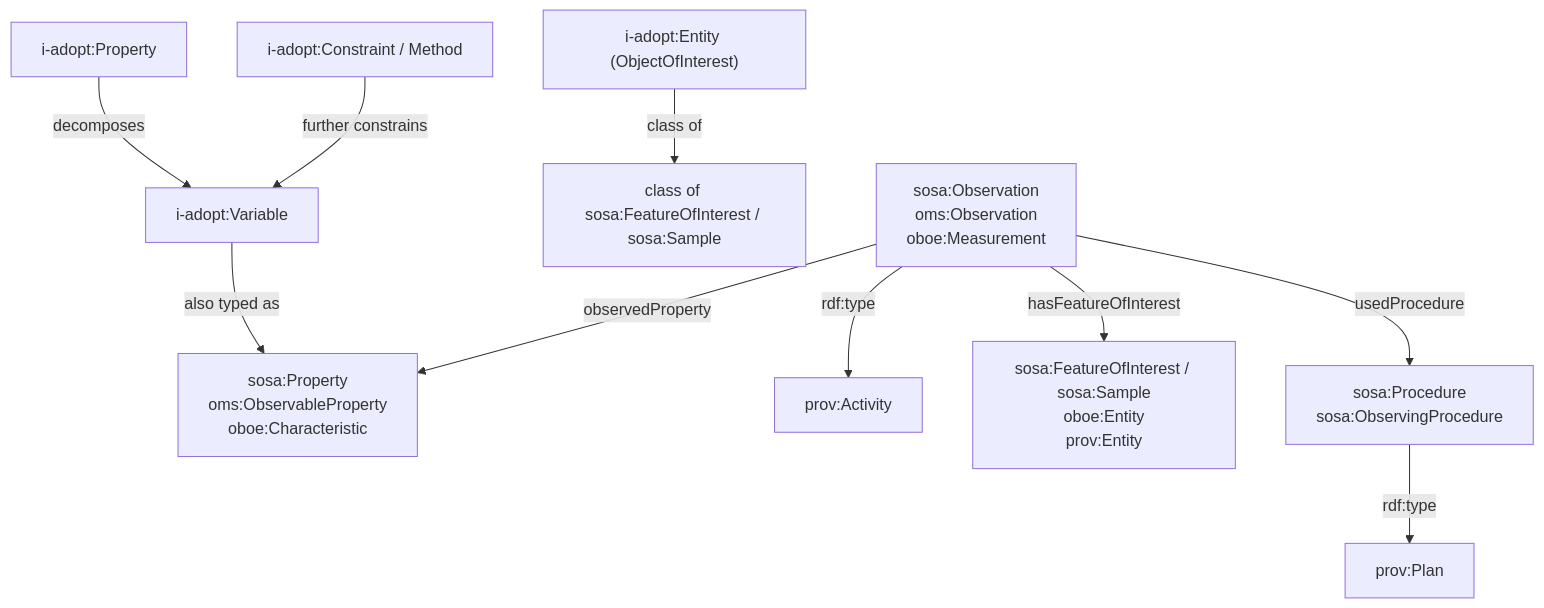
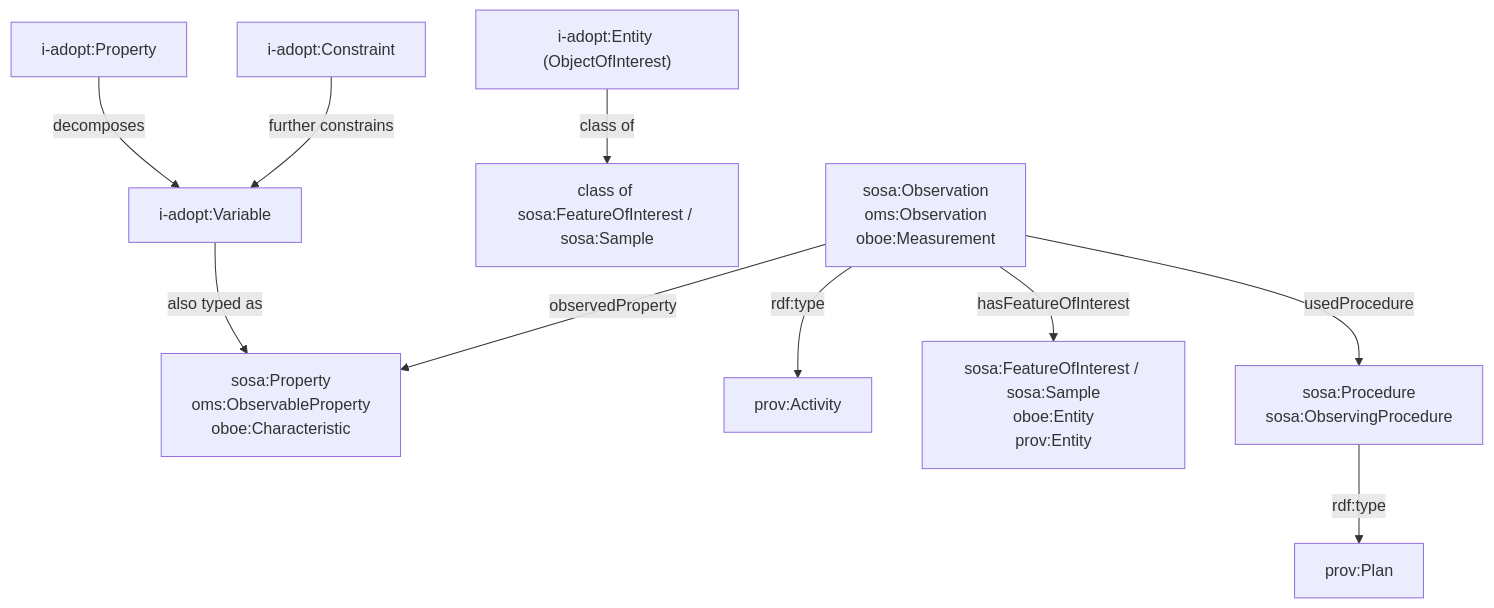
Before and after one commit to dfo-pacific-science/dfo-salmon-ontology: the diagram in docs/CONVENTIONS.md, drawn with Mermaid. The commit also changed other lines of this file and 8 other files, not shown here.

````diff
--- a/docs/CONVENTIONS.md
+++ b/docs/CONVENTIONS.md
@@ -405,14 +405,14 @@
 ```mermaid
 graph TD
   IVar["i-adopt:Variable"] -->|also typed as| SProp["sosa:Property<br/>oms:ObservableProperty<br/>oboe:Characteristic"]
   IProp["i-adopt:Property"] -->|decomposes| IVar
   IEnt["i-adopt:Entity (ObjectOfInterest)"] -->|class of| SFOIClass["class of sosa:FeatureOfInterest / sosa:Sample"]
-  IConstr["i-adopt:Constraint / Method"] -->|further constrains| IVar
+  IConstr["i-adopt:Constraint"] -->|further constrains| IVar
 
   SObs["sosa:Observation<br/>oms:Observation<br/>oboe:Measurement"] -->|rdf:type| ProvAct["prov:Activity"]
   SObs -->|observedProperty| SProp
   SObs -->|hasFeatureOfInterest| SFOI["sosa:FeatureOfInterest / sosa:Sample<br/>oboe:Entity<br/>prov:Entity"]
 
   SProc["sosa:Procedure<br/>sosa:ObservingProcedure"] -->|rdf:type| ProvPlan["prov:Plan"]
   SObs -->|usedProcedure| SProc
 ```
````
